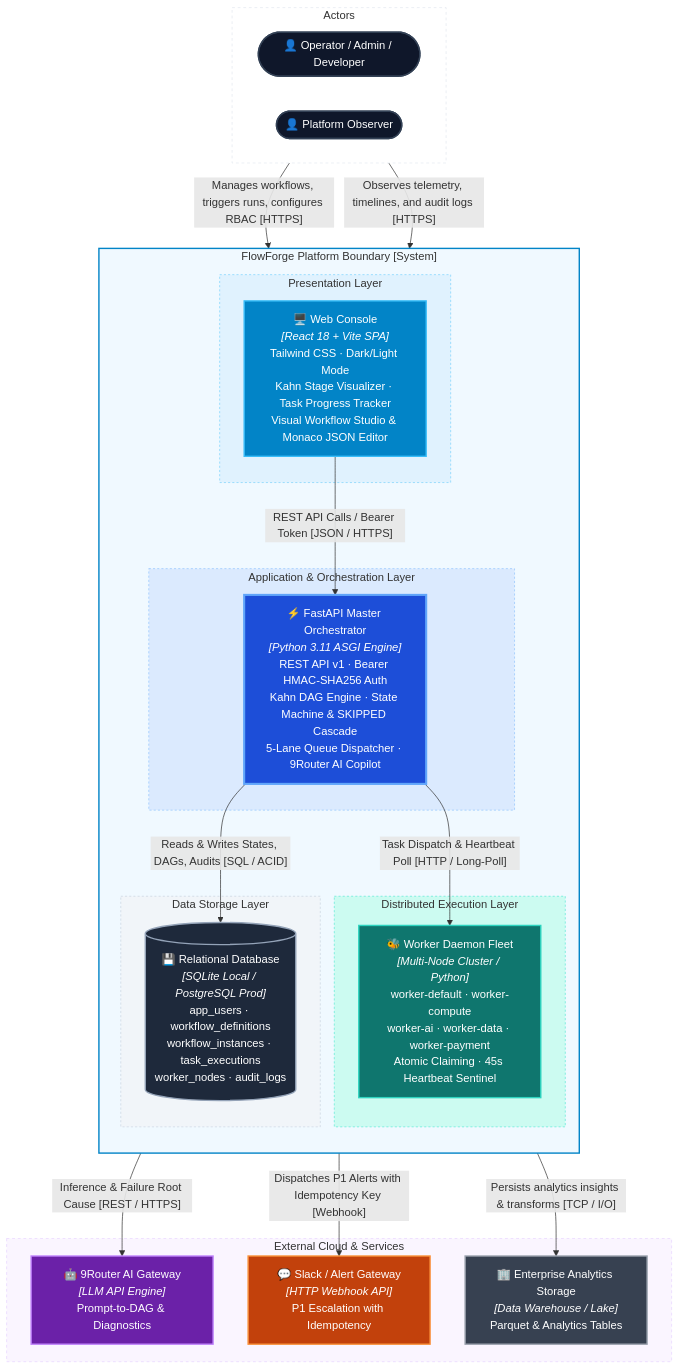
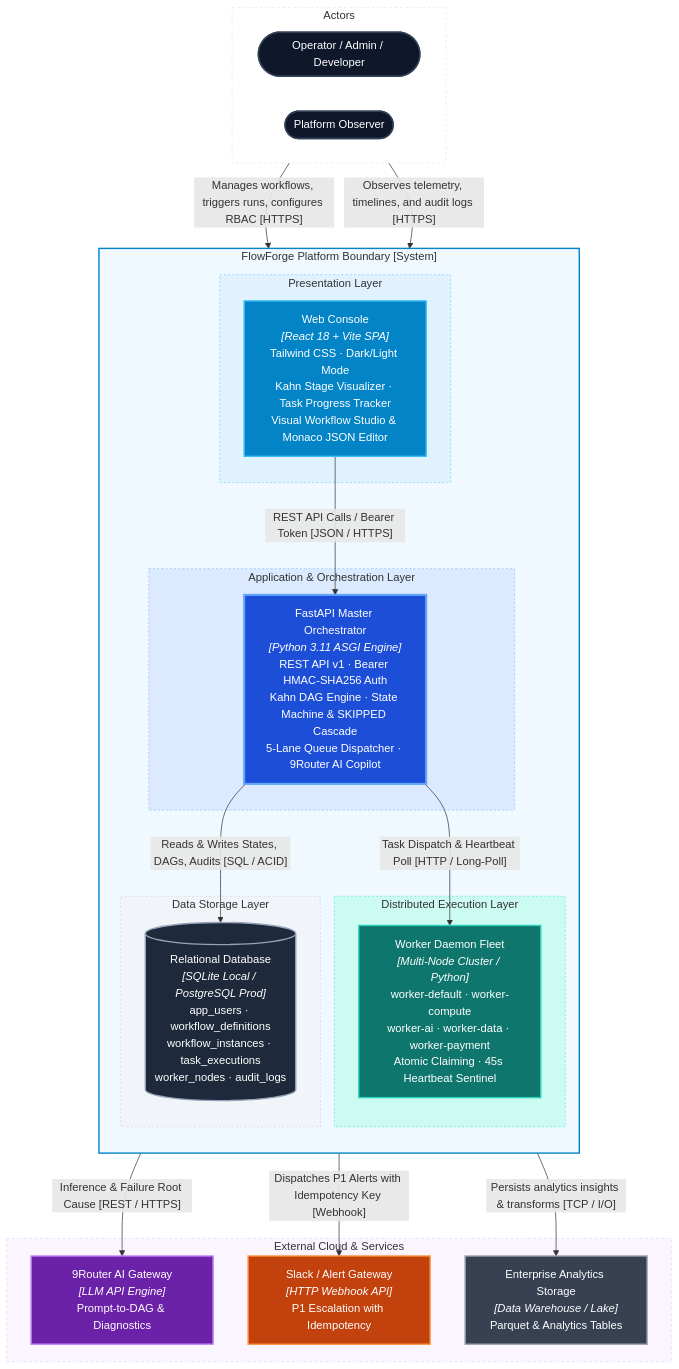
One commit to AnCoder1310/FlowForge changed the third of 11 diagrams in README.md. Above: the diagram before and after it, drawn with Mermaid. The commit also changed other lines of this file and 28 other files, not shown here.

Commit message:
feat: complete FlowForge production-ready DAG engine, conditional branching, visual studio, and fix dashboard metrics anti-jitter

````diff
--- a/README.md
+++ b/README.md
@@ -219,60 +219,60 @@
 ```mermaid
 flowchart TB
     subgraph users["Actors"]
         direction LR
-        operator(["👤 Operator / Admin / Developer"]):::actor
-        viewer(["👤 Platform Observer"]):::actor
+        operator(["Operator / Admin / Developer"]):::actor
+        viewer(["Platform Observer"]):::actor
     end
 
     subgraph dwop["FlowForge Platform Boundary [System]"]
         direction TB
 
         subgraph presentation["Presentation Layer"]
-            web["🖥️ Web Console<br/><i>[React 18 + Vite SPA]</i><br/>Tailwind CSS · Dark/Light Mode<br/>Kahn Stage Visualizer · Task Progress Tracker<br/>Visual Workflow Studio & Monaco JSON Editor"]:::webContainer
+            web["Web Console<br/><i>[React 18 + Vite SPA]</i><br/>Tailwind CSS · Dark/Light Mode<br/>Kahn Stage Visualizer · Task Progress Tracker<br/>Visual Workflow Studio & Monaco JSON Editor"]:::webContainer
         end
 
         subgraph application["Application & Orchestration Layer"]
-            backend["⚡ FastAPI Master Orchestrator<br/><i>[Python 3.11 ASGI Engine]</i><br/>REST API v1 · Bearer HMAC-SHA256 Auth<br/>Kahn DAG Engine · State Machine & SKIPPED Cascade<br/>5-Lane Queue Dispatcher · 9Router AI Copilot"]:::apiContainer
+            backend["FastAPI Master Orchestrator<br/><i>[Python 3.11 ASGI Engine]</i><br/>REST API v1 · Bearer HMAC-SHA256 Auth<br/>Kahn DAG Engine · State Machine & SKIPPED Cascade<br/>5-Lane Queue Dispatcher · 9Router AI Copilot"]:::apiContainer
         end
 
         subgraph workerCluster["Distributed Execution Layer"]
-            workers["🐝 Worker Daemon Fleet<br/><i>[Multi-Node Cluster / Python]</i><br/>worker-default · worker-compute<br/>worker-ai · worker-data · worker-payment<br/>Atomic Claiming · 45s Heartbeat Sentinel"]:::workerContainer
+            workers["Worker Daemon Fleet<br/><i>[Multi-Node Cluster / Python]</i><br/>worker-default · worker-compute<br/>worker-ai · worker-data · worker-payment<br/>Atomic Claiming · 45s Heartbeat Sentinel"]:::workerContainer
         end
 
         subgraph persistence["Data Storage Layer"]
-            database[("💾 Relational Database<br/><i>[SQLite Local / PostgreSQL Prod]</i><br/>app_users · workflow_definitions<br/>workflow_instances · task_executions<br/>worker_nodes · audit_logs")]:::dbContainer
+            database[("Relational Database<br/><i>[SQLite Local / PostgreSQL Prod]</i><br/>app_users · workflow_definitions<br/>workflow_instances · task_executions<br/>worker_nodes · audit_logs")]:::dbContainer
         end
     end
 
     subgraph externalServices["External Cloud & Services"]
-        llm["🤖 9Router AI Gateway<br/><i>[LLM API Engine]</i><br/>Prompt-to-DAG & Diagnostics"]:::aiExternal
-        slack["💬 Slack / Alert Gateway<br/><i>[HTTP Webhook API]</i><br/>P1 Escalation with Idempotency"]:::notifyExternal
-        dataLake["🏢 Enterprise Analytics Storage<br/><i>[Data Warehouse / Lake]</i><br/>Parquet & Analytics Tables"]:::storageExternal
+        llm["9Router AI Gateway<br/><i>[LLM API Engine]</i><br/>Prompt-to-DAG & Diagnostics"]:::aiExternal
+        slack["Slack / Alert Gateway<br/><i>[HTTP Webhook API]</i><br/>P1 Escalation with Idempotency"]:::notifyExternal
+        dataLake["Enterprise Analytics Storage<br/><i>[Data Warehouse / Lake]</i><br/>Parquet & Analytics Tables"]:::storageExternal
     end
 
     operator -- "Manages workflows, triggers runs, configures RBAC [HTTPS]" --> web
     viewer -- "Observes telemetry, timelines, and audit logs [HTTPS]" --> web
     web -- "REST API Calls / Bearer Token [JSON / HTTPS]" --> backend
     backend -- "Reads & Writes States, DAGs, Audits [SQL / ACID]" --> database
     backend -- "Inference & Failure Root Cause [REST / HTTPS]" --> llm
     backend -- "Task Dispatch & Heartbeat Poll [HTTP / Long-Poll]" --> workers
     workers -- "Dispatches P1 Alerts with Idempotency Key [Webhook]" --> slack
     workers -- "Persists analytics insights & transforms [TCP / I/O]" --> dataLake
 
     classDef actor fill:#0f172a,color:#fff,stroke:#334155,stroke-width:2px;
     classDef webContainer fill:#0284c7,color:#fff,stroke:#38bdf8,stroke-width:2px;
     classDef apiContainer fill:#1d4ed8,color:#fff,stroke:#60a5fa,stroke-width:3px;
     classDef workerContainer fill:#0f766e,color:#fff,stroke:#2dd4bf,stroke-width:2px;
     classDef dbContainer fill:#1e293b,color:#fff,stroke:#94a3b8,stroke-width:2px;
     classDef aiExternal fill:#6b21a8,color:#fff,stroke:#c084fc,stroke-width:2px;
     classDef notifyExternal fill:#c2410c,color:#fff,stroke:#fb923c,stroke-width:2px;
     classDef storageExternal fill:#374151,color:#fff,stroke:#9ca3af,stroke-width:2px;
 
     style dwop fill:#f0f9ff,stroke:#0284c7,stroke-width:2px
     style presentation fill:#e0f2fe,stroke:#7dd3fc,stroke-dasharray:3 3
     style application fill:#dbeafe,stroke:#93c5fd,stroke-dasharray:3 3
     style workerCluster fill:#ccfbf1,stroke:#5eead4,stroke-dasharray:3 3
     style persistence fill:#f1f5f9,stroke:#cbd5e1,stroke-dasharray:3 3
     style users fill:#ffffff,stroke:#e2e8f0,stroke-dasharray:4 4
     style externalServices fill:#faf5ff,stroke:#e9d5ff,stroke-dasharray:4 4
 ```
````
